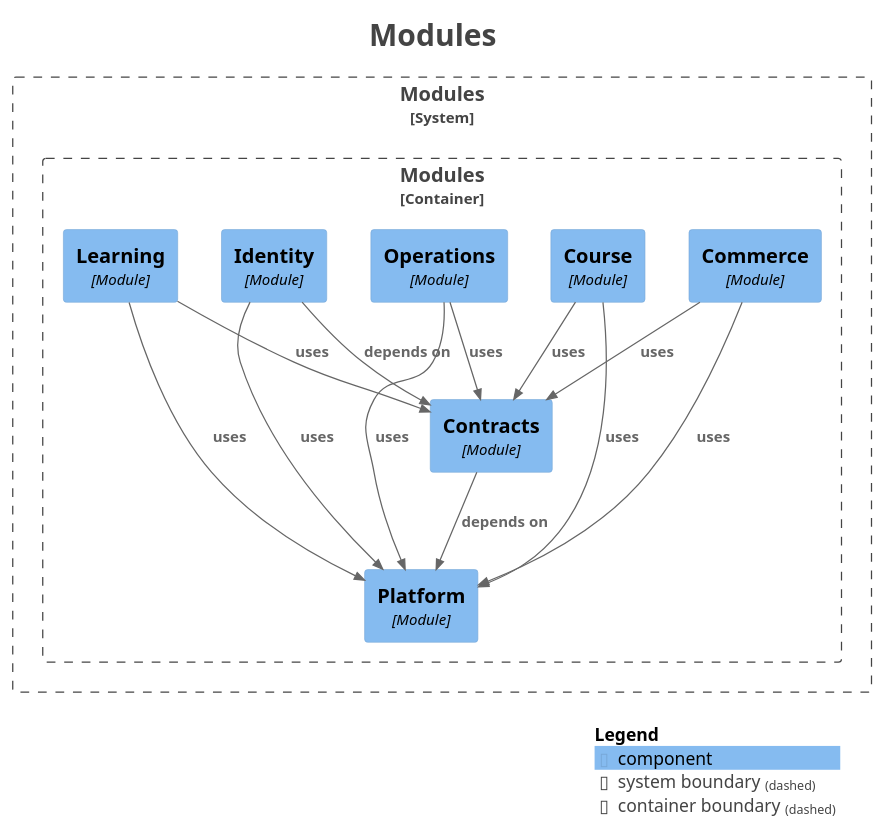
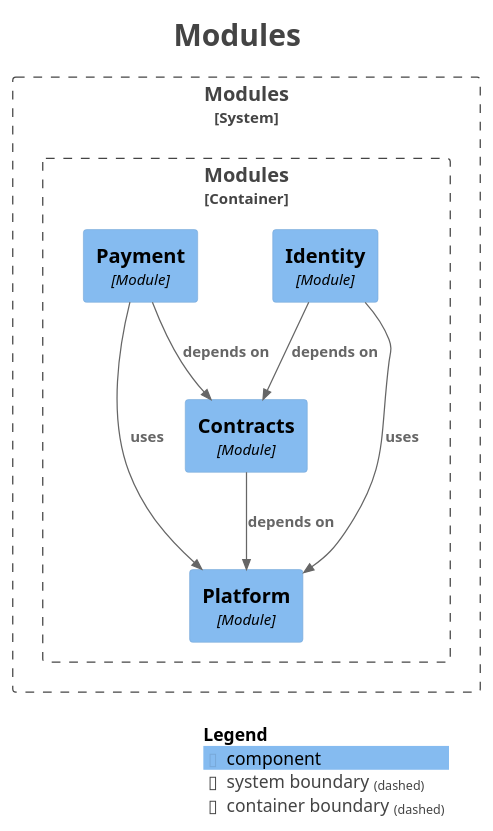
One commit to thereYany/btry changed the diagram in docs/generated/modulith/components.puml. Above: the diagram before and after it, drawn with PlantUML. The commit also changed 42 other files, not shown here.

```diff
--- a/docs/generated/modulith/components.puml
+++ b/docs/generated/modulith/components.puml
@@ -1,45 +1,36 @@
 @startuml
 title <size:24>Modules</size>
 
 set separator none
 top to bottom direction
 
 <style>
   root {
     BackgroundColor: #ffffff
     FontColor: #444444
   }
 </style>
 
 !include <C4/C4>
 !include <C4/C4_Context>
 !include <C4/C4_Component>
 
 System_Boundary("Modules_boundary", "Modules", $tags="") {
   Container_Boundary("Modules.Modules_boundary", "Modules", $tags="") {
     Component(Modules.Modules.Platform, "Platform", $techn="Module", $descr="", $tags="", $link="")
     Component(Modules.Modules.Contracts, "Contracts", $techn="Module", $descr="", $tags="", $link="")
-    Component(Modules.Modules.Commerce, "Commerce", $techn="Module", $descr="", $tags="", $link="")
-    Component(Modules.Modules.Course, "Course", $techn="Module", $descr="", $tags="", $link="")
     Component(Modules.Modules.Identity, "Identity", $techn="Module", $descr="", $tags="", $link="")
-    Component(Modules.Modules.Learning, "Learning", $techn="Module", $descr="", $tags="", $link="")
-    Component(Modules.Modules.Operations, "Operations", $techn="Module", $descr="", $tags="", $link="")
+    Component(Modules.Modules.Payment, "Payment", $techn="Module", $descr="", $tags="", $link="")
   }
 
 }
 
+Rel(Modules.Modules.Payment, Modules.Modules.Contracts, "depends on", $techn="", $tags="", $link="")
+Rel(Modules.Modules.Payment, Modules.Modules.Platform, "uses", $techn="", $tags="", $link="")
+Rel(Modules.Modules.Contracts, Modules.Modules.Platform, "depends on", $techn="", $tags="", $link="")
 Rel(Modules.Modules.Identity, Modules.Modules.Contracts, "depends on", $techn="", $tags="", $link="")
 Rel(Modules.Modules.Identity, Modules.Modules.Platform, "uses", $techn="", $tags="", $link="")
-Rel(Modules.Modules.Contracts, Modules.Modules.Platform, "depends on", $techn="", $tags="", $link="")
-Rel(Modules.Modules.Course, Modules.Modules.Contracts, "uses", $techn="", $tags="", $link="")
-Rel(Modules.Modules.Course, Modules.Modules.Platform, "uses", $techn="", $tags="", $link="")
-Rel(Modules.Modules.Operations, Modules.Modules.Contracts, "uses", $techn="", $tags="", $link="")
-Rel(Modules.Modules.Operations, Modules.Modules.Platform, "uses", $techn="", $tags="", $link="")
-Rel(Modules.Modules.Learning, Modules.Modules.Contracts, "uses", $techn="", $tags="", $link="")
-Rel(Modules.Modules.Learning, Modules.Modules.Platform, "uses", $techn="", $tags="", $link="")
-Rel(Modules.Modules.Commerce, Modules.Modules.Contracts, "uses", $techn="", $tags="", $link="")
-Rel(Modules.Modules.Commerce, Modules.Modules.Platform, "uses", $techn="", $tags="", $link="")
 
 SHOW_LEGEND(true)
 hide stereotypes
 @enduml
```
